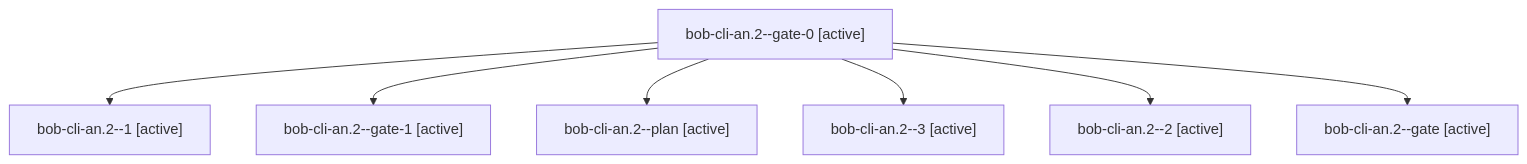
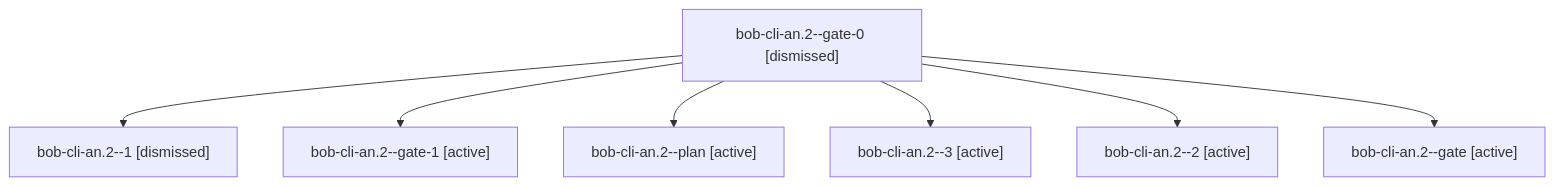
One commit to bobs-org/bob-cli--agents changed the diagram in sessions/bbugyi200.athena.bob-cli-an.2.md. Above: the diagram before and after it, drawn with Mermaid. The commit also changed other lines of this file and 553 other files, not shown here.

````diff
--- a/sessions/bbugyi200.athena.bob-cli-an.2.md
+++ b/sessions/bbugyi200.athena.bob-cli-an.2.md
@@ -9,16 +9,16 @@
 ```mermaid
 flowchart TD
-  n0["bob-cli-an.2--gate-0 [active]"]
-  n1["bob-cli-an.2--1 [active]"]
+  n0["bob-cli-an.2--gate-0 [dismissed]"]
+  n1["bob-cli-an.2--1 [dismissed]"]
   n0 --> n1
   n2["bob-cli-an.2--gate-1 [active]"]
   n0 --> n2
   n3["bob-cli-an.2--plan [active]"]
   n0 --> n3
   n4["bob-cli-an.2--3 [active]"]
   n0 --> n4
   n5["bob-cli-an.2--2 [active]"]
   n0 --> n5
   n6["bob-cli-an.2--gate [active]"]
   n0 --> n6
 ```
````
